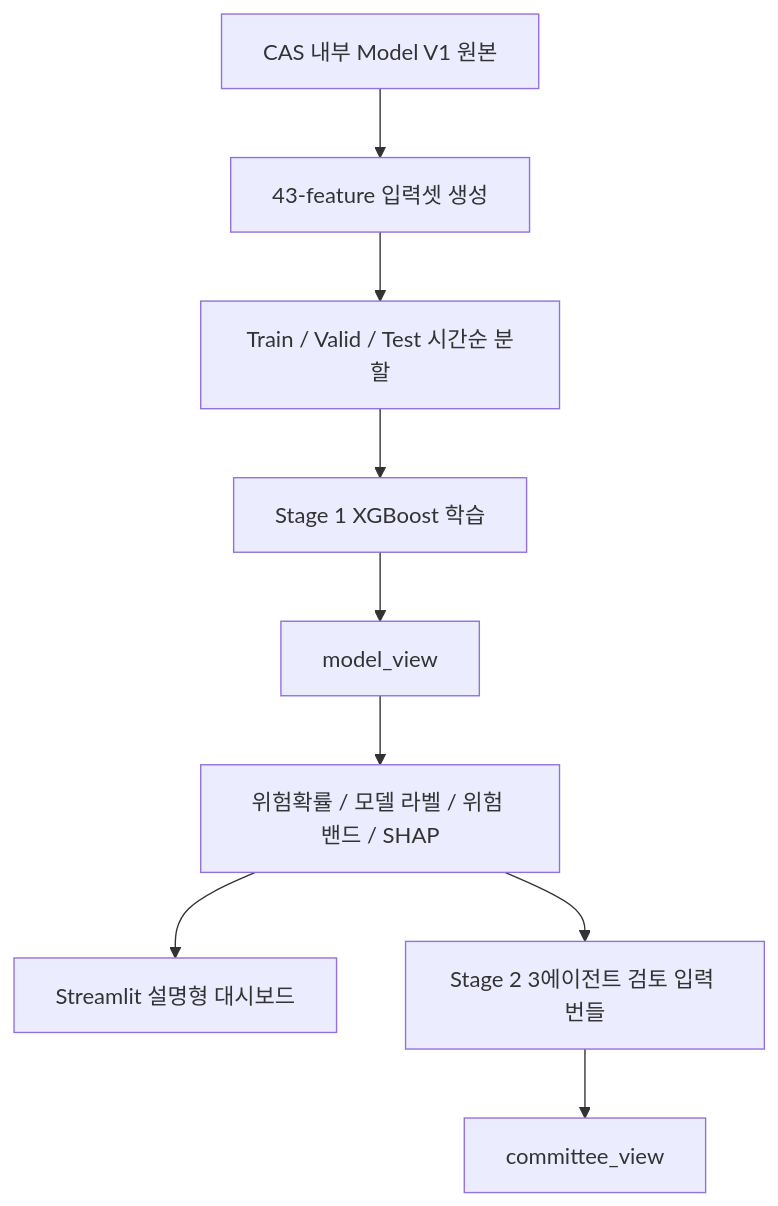
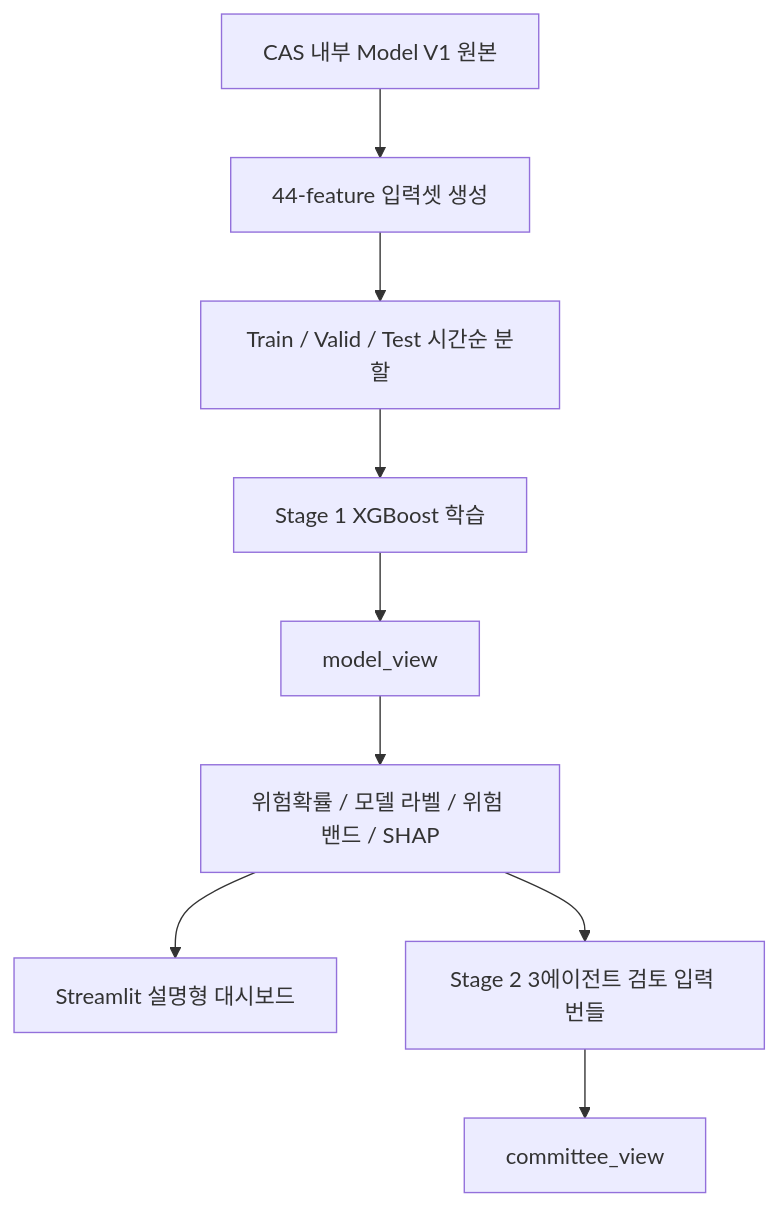
One commit to LADTO-develop/Corporate-Analysis-System changed the diagram in README.md. Above: the diagram before and after it, drawn with Mermaid. The commit also changed other lines of this file and 2 other files, not shown here.

Commit message:
fix: align feature 44 metadata and docs

````diff
--- a/README.md
+++ b/README.md
@@ -95,11 +95,11 @@
 ```mermaid
 flowchart TD
-    A["CAS 내부 Model V1 원본"] --> B["43-feature 입력셋 생성"]
+    A["CAS 내부 Model V1 원본"] --> B["44-feature 입력셋 생성"]
     B --> C["Train / Valid / Test 시간순 분할"]
     C --> D["Stage 1 XGBoost 학습"]
     D --> E["model_view"]
     E --> F["위험확률 / 모델 라벨 / 위험 밴드 / SHAP"]
     F --> G["Streamlit 설명형 대시보드"]
     F --> H["Stage 2 3에이전트 검토 입력 번들"]
     H --> I["committee_view"]
 ```
````
